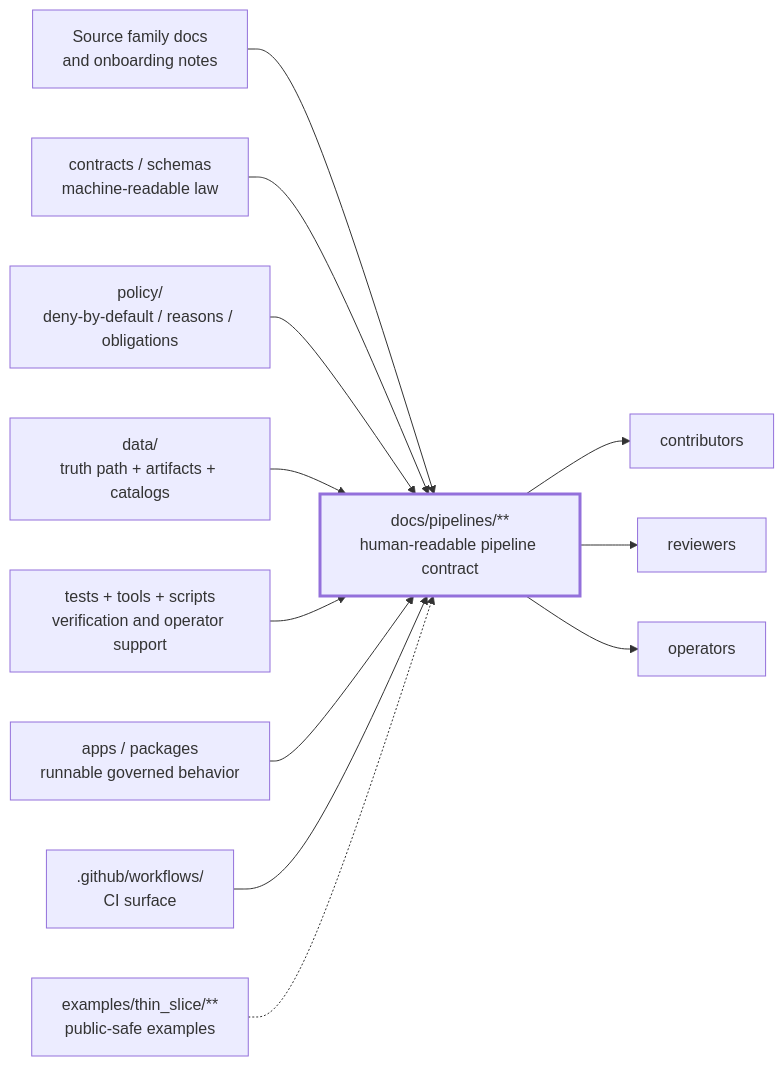
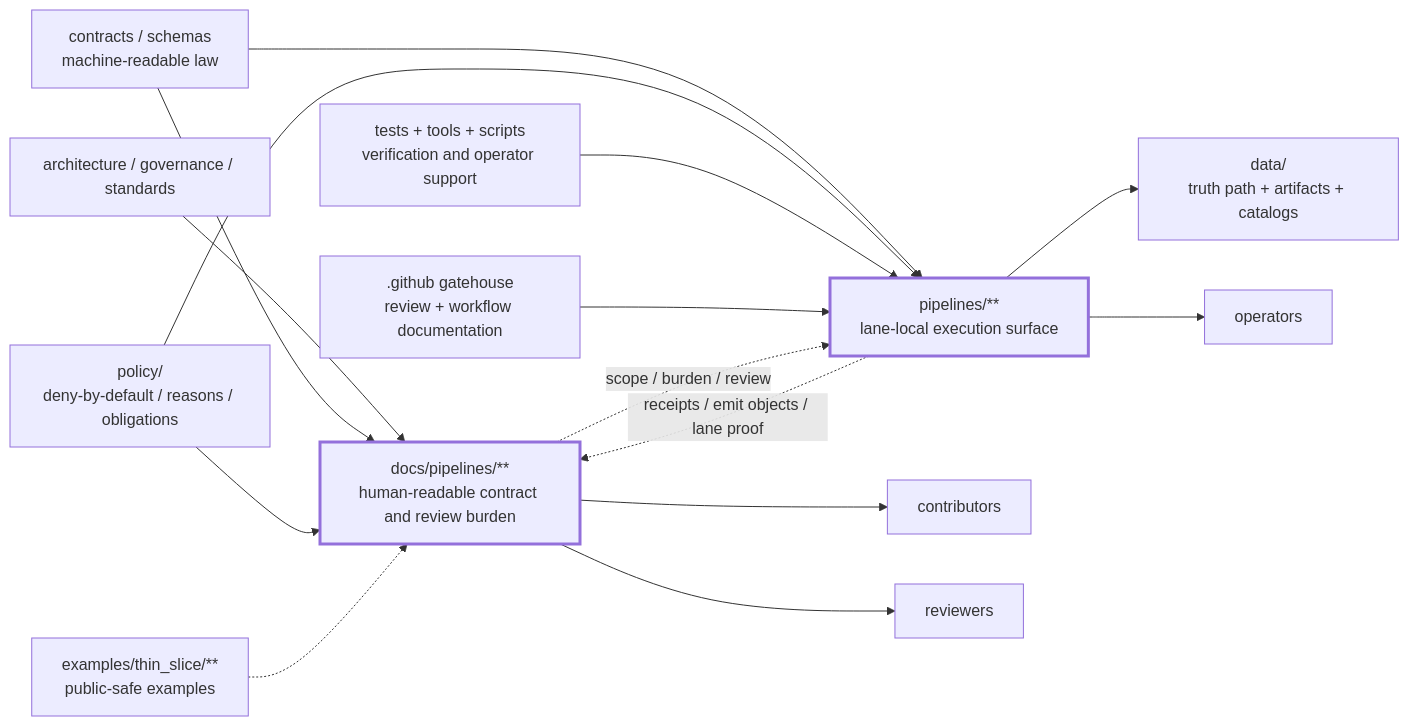
One commit to bartytime4life/Kansas-Frontier-Matrix changed the diagram in docs/pipelines/README.md. Above: the diagram before and after it, drawn with Mermaid. The commit also changed other lines of this file, not shown here.

````diff
--- a/docs/pipelines/README.md
+++ b/docs/pipelines/README.md
@@ -297,27 +370,33 @@
 ```mermaid
 flowchart LR
-    A[Source family docs<br/>and onboarding notes]
-    B[docs/pipelines/**<br/>human-readable pipeline contract]
-    C[contracts / schemas<br/>machine-readable law]
-    D[policy/<br/>deny-by-default / reasons / obligations]
-    E[data/<br/>truth path + artifacts + catalogs]
-    F[tests + tools + scripts<br/>verification and operator support]
-    G[apps / packages<br/>runnable governed behavior]
-    H[.github/workflows/<br/>CI surface]
+    A[architecture / governance / standards]
+    B[docs/pipelines/**<br/>human-readable contract and review burden]
+    C[pipelines/**<br/>lane-local execution surface]
+    D[contracts / schemas<br/>machine-readable law]
+    E[policy/<br/>deny-by-default / reasons / obligations]
+    F[data/<br/>truth path + artifacts + catalogs]
+    G[tests + tools + scripts<br/>verification and operator support]
+    H[.github gatehouse<br/>review + workflow documentation]
     X[examples/thin_slice/**<br/>public-safe examples]
 
     A --> B
-    C --> B
     D --> B
     E --> B
-    F --> B
-    G --> B
-    H --> B
     X -.-> B
+
+    D --> C
+    E --> C
+    G --> C
+    H --> C
+    C --> F
+
+    B -.scope / burden / review .-> C
+    C -.receipts / emit objects / lane proof .-> B
 
     B --> I[contributors]
     B --> J[reviewers]
-    B --> K[operators]
+    C --> K[operators]
 
     style B stroke-width:3px
+    style C stroke-width:3px
 ```
````
